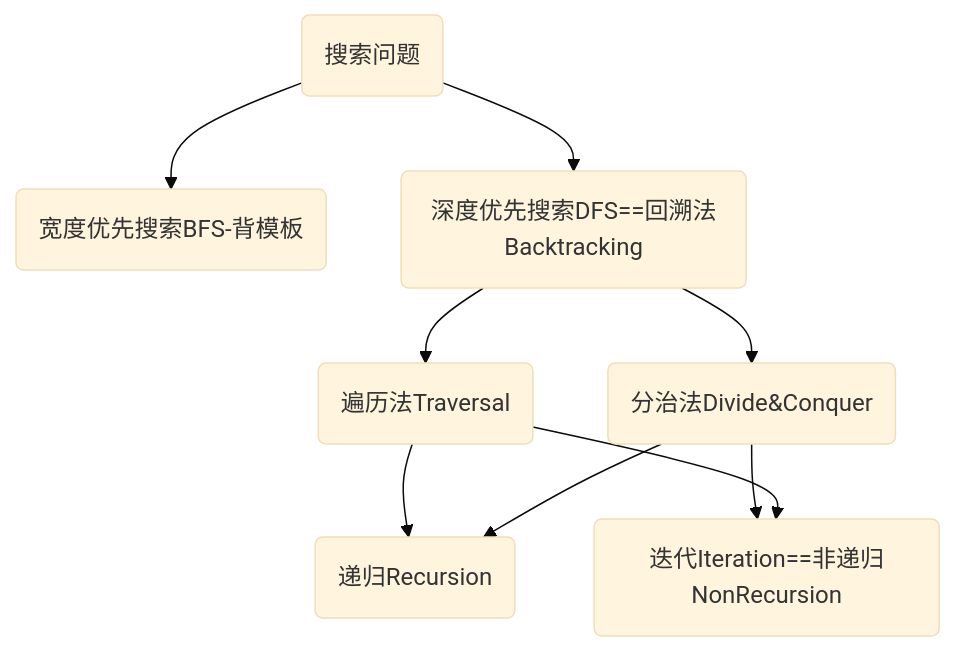
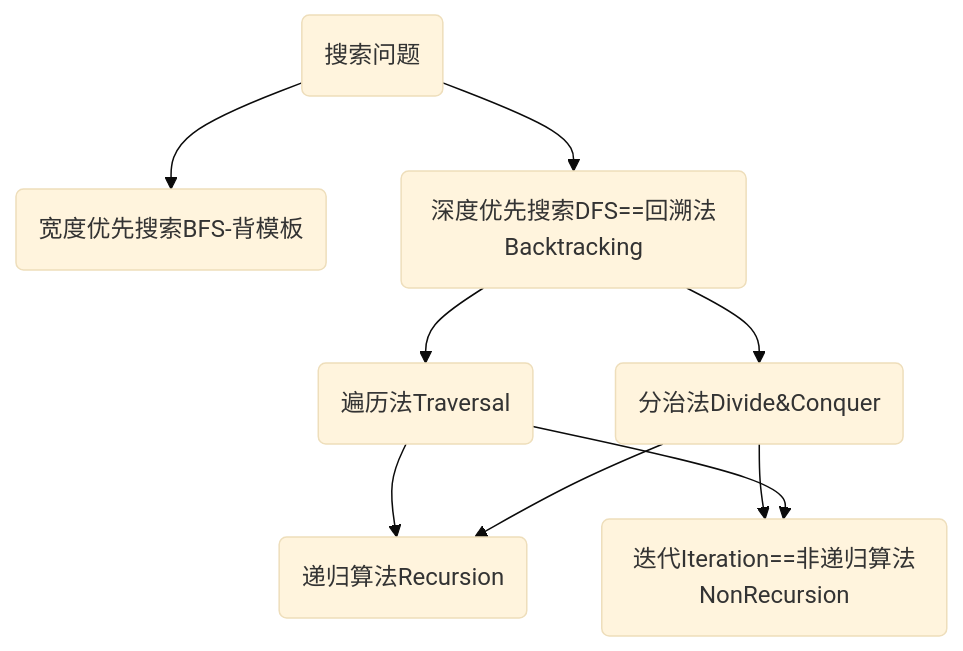
One commit to ShaunSheep/cs-wiki changed the diagram in newnotes/leetcode/分治法.md. Above: the diagram before and after it, drawn with Mermaid (base theme). The commit also changed other lines of this file and 12 other files, not shown here.

````diff
--- a/newnotes/leetcode/分治法.md
+++ b/newnotes/leetcode/分治法.md
@@ -58,11 +76,11 @@
 ```mermaid
 graph TD
 start(搜索问题)-->a1(宽度优先搜索BFS-背模板)
 start-->a2(深度优先搜索DFS==回溯法Backtracking)
 a2-->a21(遍历法Traversal)
 a2-->a22(分治法Divide&Conquer)
-a21-->a212(递归Recursion)
-a22-->a222(迭代Iteration==非递归NonRecursion)
+a21-->a212(递归算法Recursion)
+a22-->a222(迭代Iteration==非递归算法NonRecursion)
 a22-->a212
 a21-->a222
 ```
````
